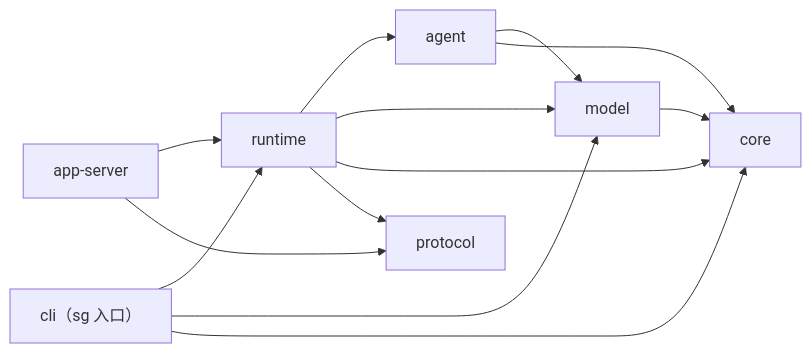
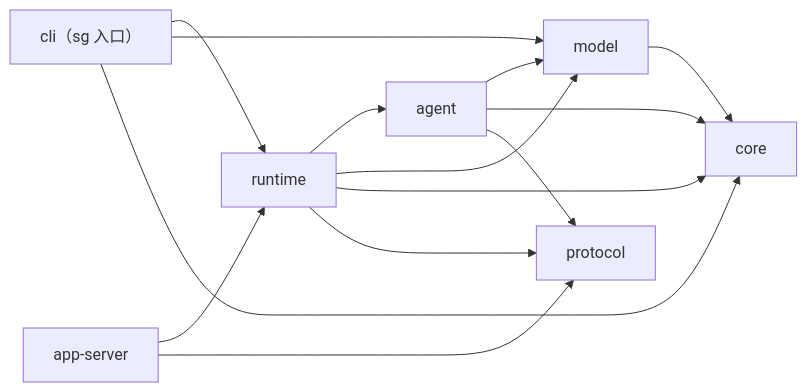
Before and after one commit to qjcnmd/singularity-agent: the second of 10 diagrams in docs/repository-map.md, drawn with Mermaid. The commit also changed other lines of this file and 63 other files, not shown here.

````diff
--- a/docs/repository-map.md
+++ b/docs/repository-map.md
@@ -30,15 +30,16 @@
 ```mermaid
 flowchart LR
     CLI["cli（sg 入口）"] --> RUNTIME["runtime"]
     CLI --> MODEL["model"]
     CLI --> CORE["core"]
     APPSERVER["app-server"] --> RUNTIME
     APPSERVER --> PROTOCOL["protocol"]
     RUNTIME --> AGENT["agent"]
     RUNTIME --> MODEL
     RUNTIME --> CORE
     RUNTIME --> PROTOCOL
     AGENT --> MODEL
     AGENT --> CORE
+    AGENT --> PROTOCOL
     MODEL --> CORE
 ```
````
